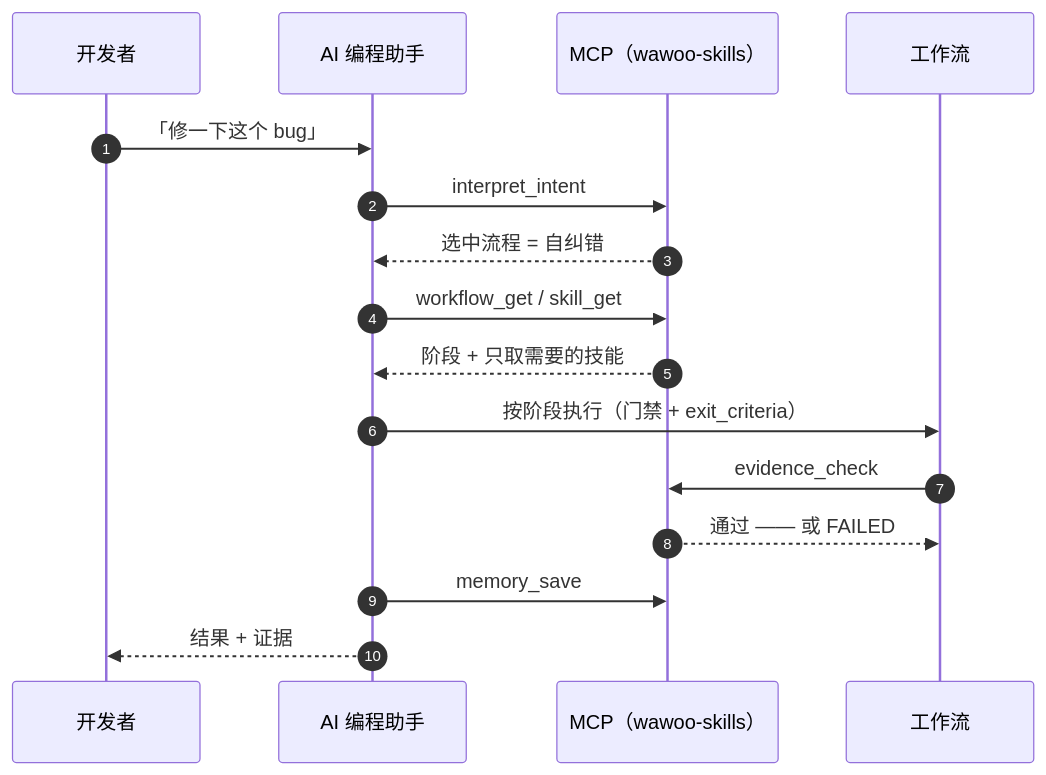
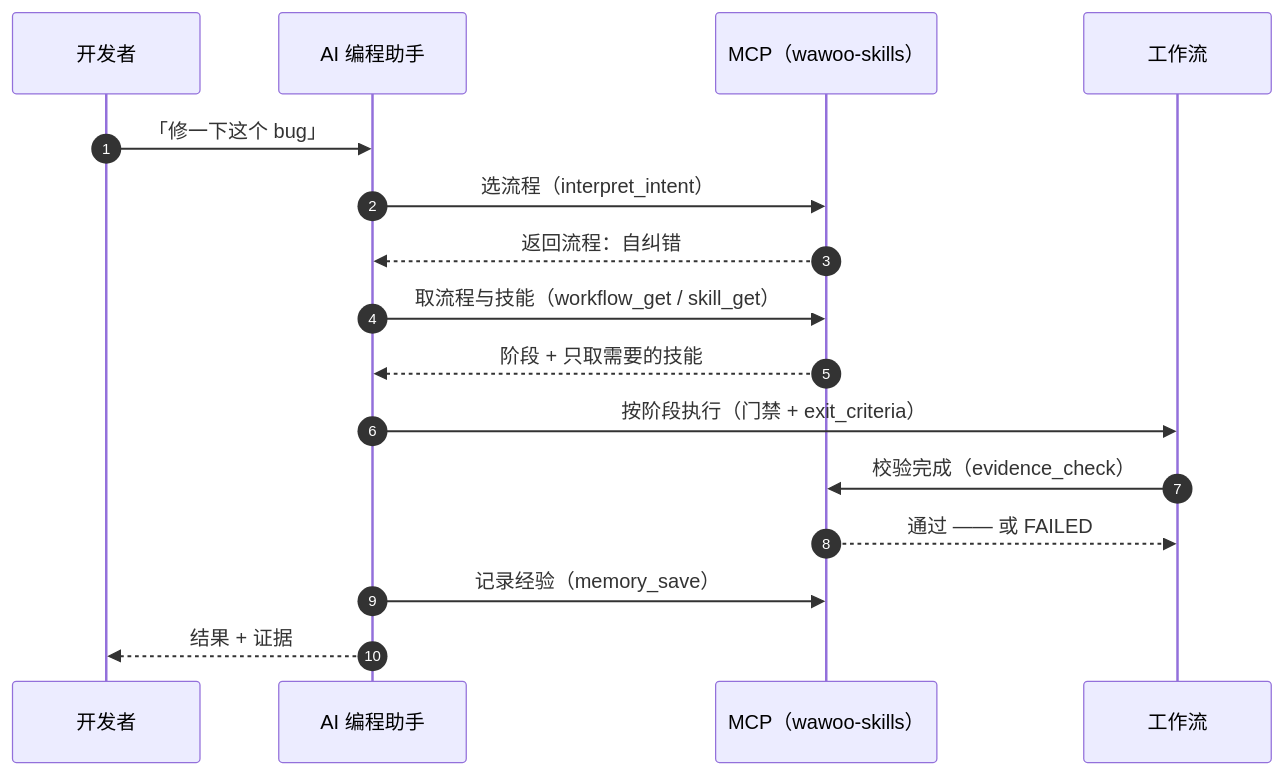
One commit to parkwoo/wawoo-agent-skills changed the diagram in README.zh-CN.md. Above: the diagram before and after it, drawn with Mermaid. The commit also changed 3 other files, not shown here.

Commit message:
docs: make the sequence-diagram steps readable (plain action + technical term in parens)

````diff
--- a/README.zh-CN.md
+++ b/README.zh-CN.md
@@ -62,18 +62,18 @@
 ```mermaid
 sequenceDiagram
     autonumber
     participant U as 开发者
     participant A as AI 编程助手
     participant M as MCP（wawoo-skills）
     participant W as 工作流
     U->>A: 「修一下这个 bug」
-    A->>M: interpret_intent
-    M-->>A: 选中流程 = 自纠错
-    A->>M: workflow_get / skill_get
+    A->>M: 选流程（interpret_intent）
+    M-->>A: 返回流程：自纠错
+    A->>M: 取流程与技能（workflow_get / skill_get）
     M-->>A: 阶段 + 只取需要的技能
     A->>W: 按阶段执行（门禁 + exit_criteria）
-    W->>M: evidence_check
+    W->>M: 校验完成（evidence_check）
     M-->>W: 通过 —— 或 FAILED
-    A->>M: memory_save
+    A->>M: 记录经验（memory_save）
     A-->>U: 结果 + 证据
 ```
````
